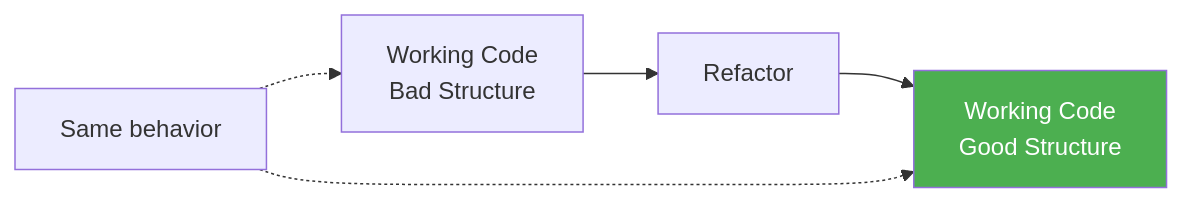
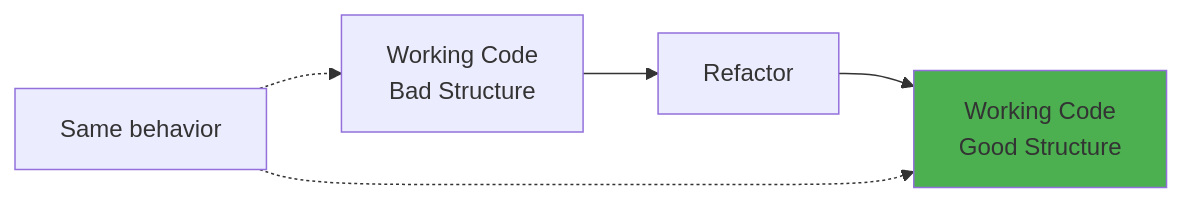
One commit to Anuhyaaa/web-optimization changed diagram 36 of 44 in agile.md. Above: the diagram before and after it, drawn with Mermaid. The commit also changed other lines of this file and 1 other file, not shown here.

Commit message:
Fix Mermaid diagram text visibility by removing invalid color:white syntax

````diff
--- a/agile.md
+++ b/agile.md
@@ -2479,10 +2479,10 @@
 ```mermaid
 flowchart LR
     A[Working Code<br/>Bad Structure] --> B[Refactor]
     B --> C[Working Code<br/>Good Structure]
     
     D[Same behavior] -.-> A
     D -.-> C
     
-    style C fill:#4CAF50,color:white
+    style C fill:#4CAF50
 ```
````
